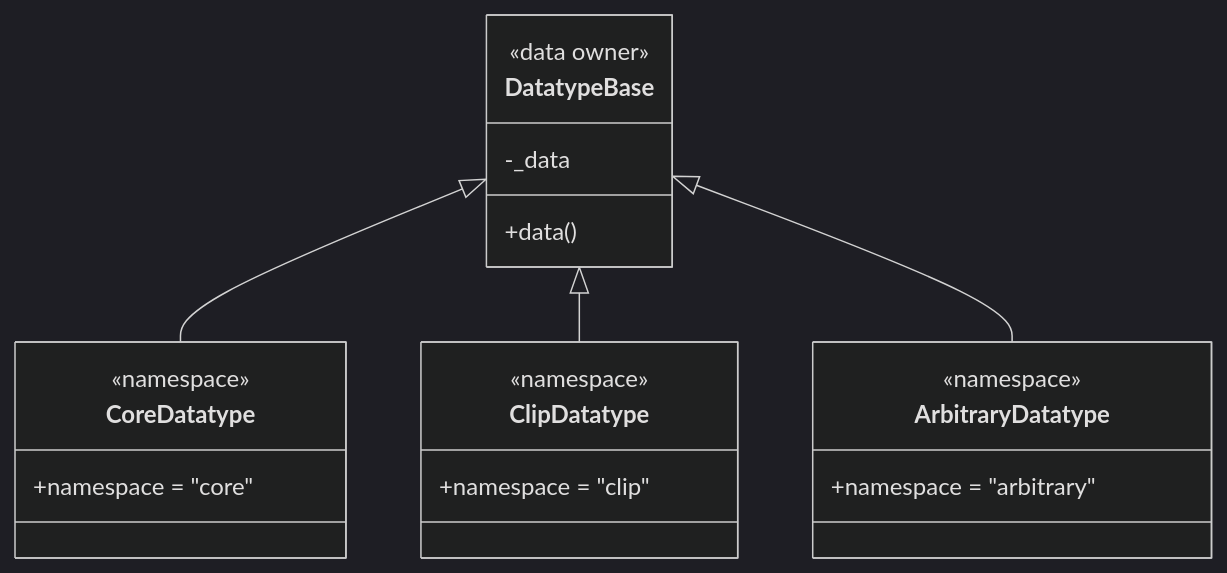
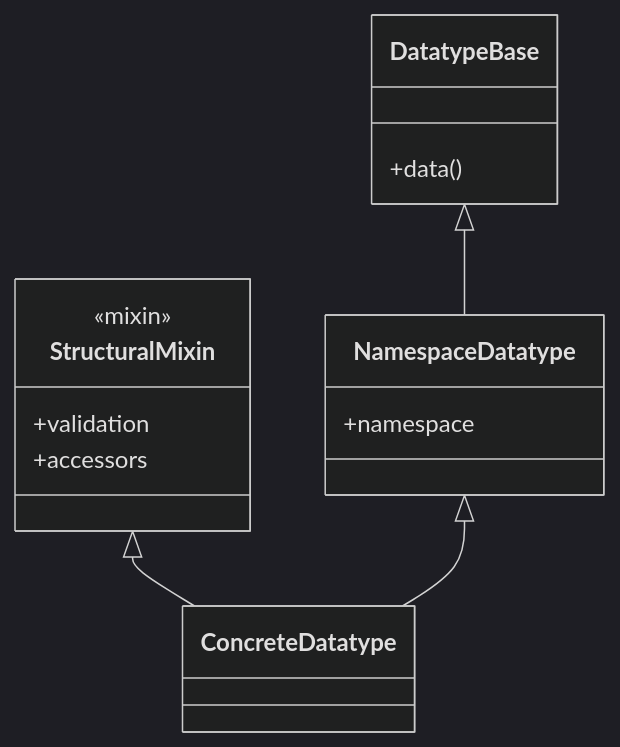
Before and after one commit to net-cscience/cscience-py-features-core: the second of 3 diagrams in README.md, drawn with Mermaid (dark theme). The commit also changed other lines of this file and 8 other files, not shown here.

````diff
--- a/README.md
+++ b/README.md
@@ -43,29 +45,22 @@
 ```mermaid
 classDiagram
-direction TB
+    class DatatypeBase {
+        +data()
+    }
 
-class DatatypeBase {
-    <<data owner>>
-    -_data
-    +data()
-}
+    class NamespaceDatatype {
+        +namespace
+    }
 
-class CoreDatatype {
-    <<namespace>>
-    +namespace = "core"
-}
+    class StructuralMixin {
+        <<mixin>>
+        +validation
+        +accessors
+    }
 
-class ClipDatatype {
-    <<namespace>>
-    +namespace = "clip"
-}
+    class ConcreteDatatype
 
-class ArbitraryDatatype {
-    <<namespace>>
-    +namespace = "arbitrary"
-}
-
-DatatypeBase <|-- CoreDatatype
-DatatypeBase <|-- ClipDatatype
-DatatypeBase <|-- ArbitraryDatatype
+    DatatypeBase <|-- NamespaceDatatype
+    StructuralMixin <|-- ConcreteDatatype
+    NamespaceDatatype <|-- ConcreteDatatype
 ```
````
